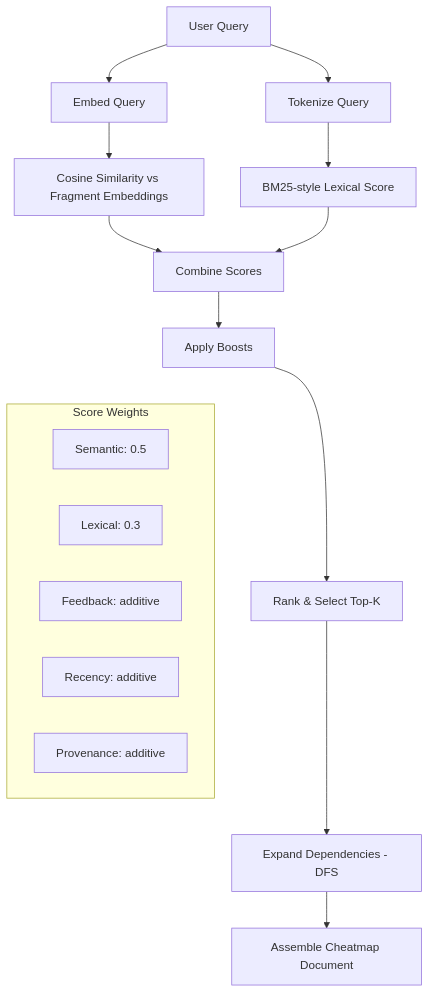
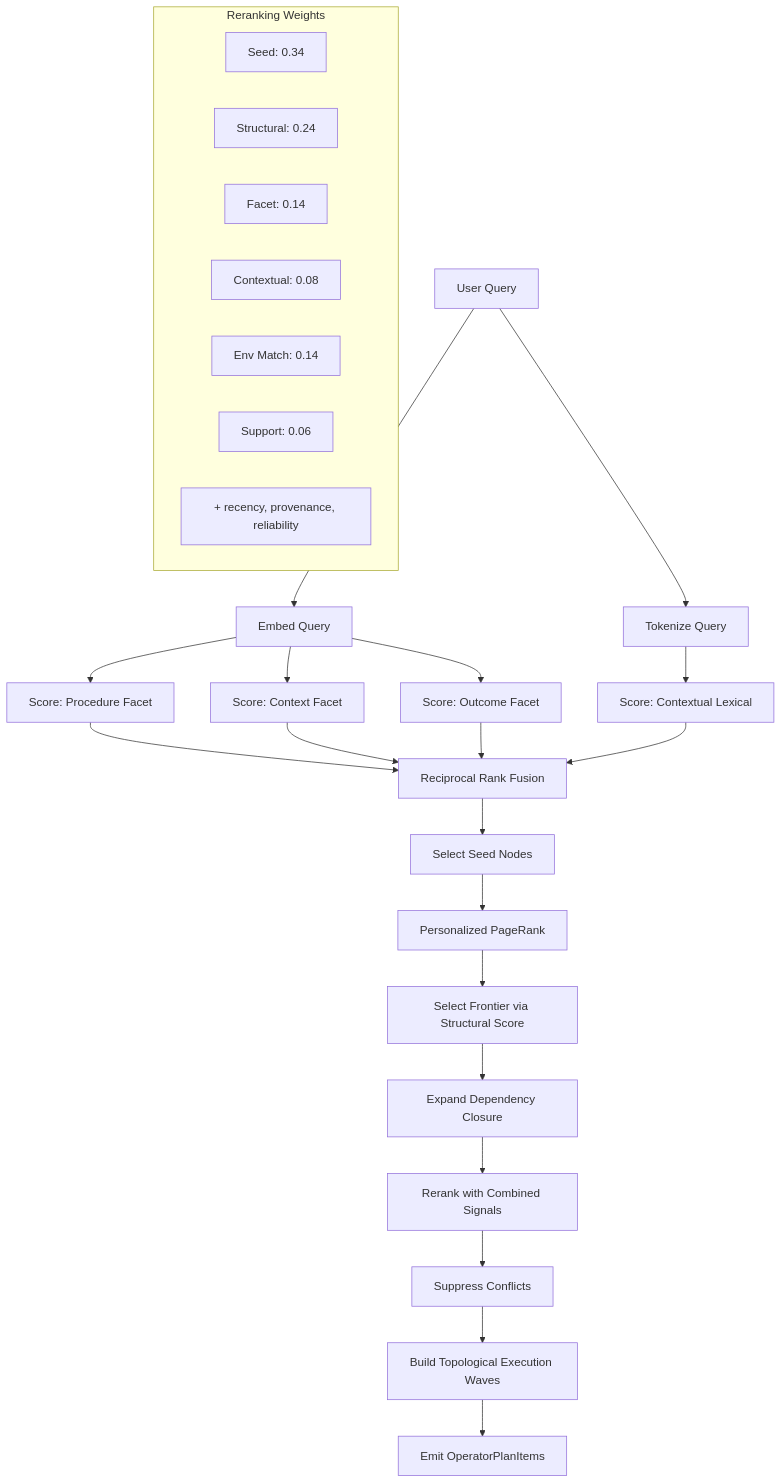
The eighth of 12 diagrams in ARCHITECTURE_OVERVIEW.md (hbmartin/ratchet), drawn with Mermaid before and after one commit. The commit also changed other lines of this file and 1 other file, not shown here.

````diff
--- a/ARCHITECTURE_OVERVIEW.md
+++ b/ARCHITECTURE_OVERVIEW.md
@@ -312,27 +464,35 @@
 ```mermaid
 flowchart TD
-    Query[User Query] --> Embed[Embed Query]
-    Query --> Tokenize[Tokenize Query]
+    Query[User Query] --> EmbedQ[Embed Query]
+    Query --> TokenQ[Tokenize Query]
 
-    Embed --> Semantic[Cosine Similarity vs Fragment Embeddings]
-    Tokenize --> Lexical[BM25-style Lexical Score]
+    EmbedQ --> Proc[Score: Procedure Facet]
+    EmbedQ --> Ctx[Score: Context Facet]
+    EmbedQ --> Out[Score: Outcome Facet]
+    TokenQ --> Lex[Score: Contextual Lexical]
 
-    Semantic --> Combine[Combine Scores]
-    Lexical --> Combine
+    Proc --> RRF[Reciprocal Rank Fusion]
+    Ctx --> RRF
+    Out --> RRF
+    Lex --> RRF
 
-    Combine --> Boost[Apply Boosts]
-    Boost --> Rank[Rank & Select Top-K]
-    Rank --> Expand[Expand Dependencies - DFS]
-    Expand --> Cheatmap[Assemble Cheatmap Document]
+    RRF --> Seeds[Select Seed Nodes]
+    Seeds --> PPR[Personalized PageRank]
+    PPR --> Frontier[Select Frontier via Structural Score]
+    Frontier --> Expand[Expand Dependency Closure]
+    Expand --> Rerank[Rerank with Combined Signals]
+    Rerank --> Conflict[Suppress Conflicts]
+    Conflict --> Waves[Build Topological Execution Waves]
+    Waves --> Plan[Emit OperatorPlanItems]
 
-    subgraph "Score Weights"
+    subgraph "Reranking Weights"
         direction LR
-        S["Semantic: 0.5"]
-        L["Lexical: 0.3"]
-        F["Feedback: additive"]
-        R["Recency: additive"]
-        P["Provenance: additive"]
+        S1["Seed: 0.34"]
+        S2["Structural: 0.24"]
+        S3["Facet: 0.14"]
+        S4["Contextual: 0.08"]
+        S5["Env Match: 0.14"]
+        S6["Support: 0.06"]
+        S7["+ recency, provenance, reliability"]
     end
-
-    Boost ~~~ S
 ```
````
